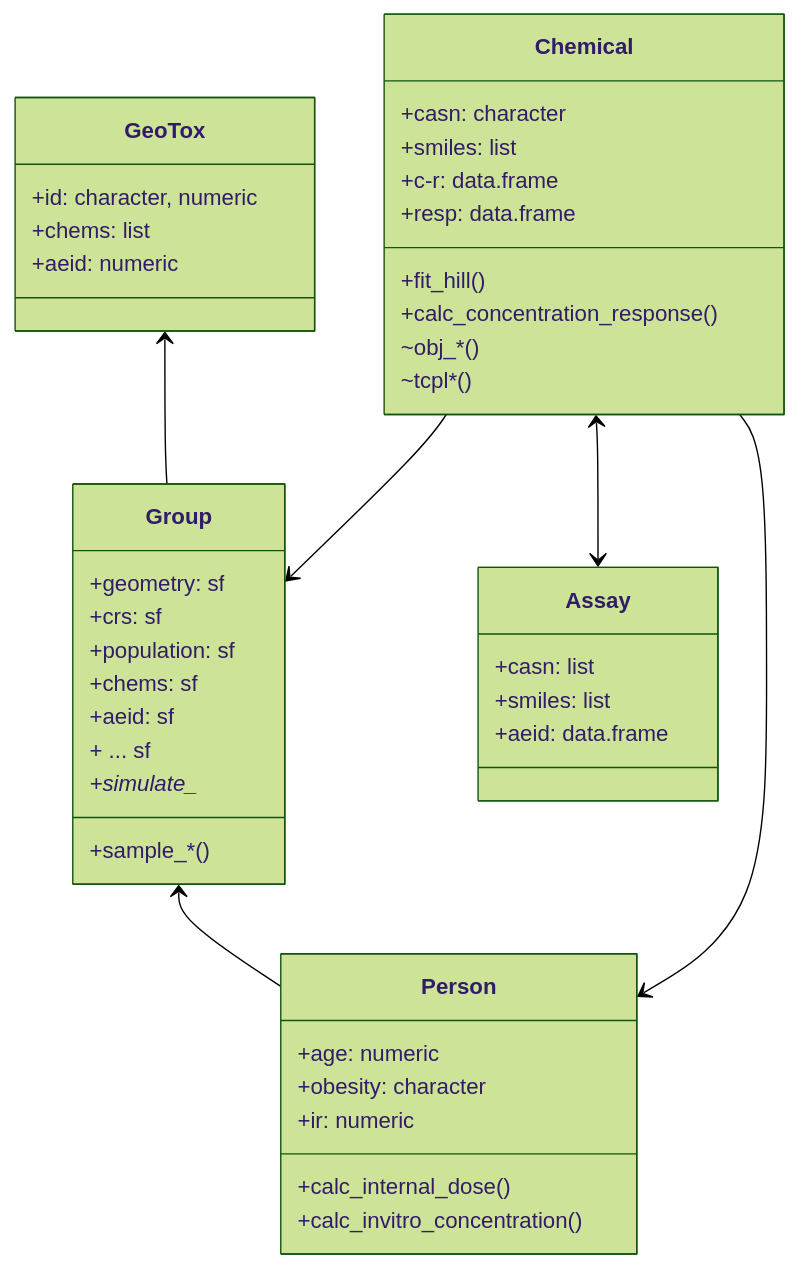
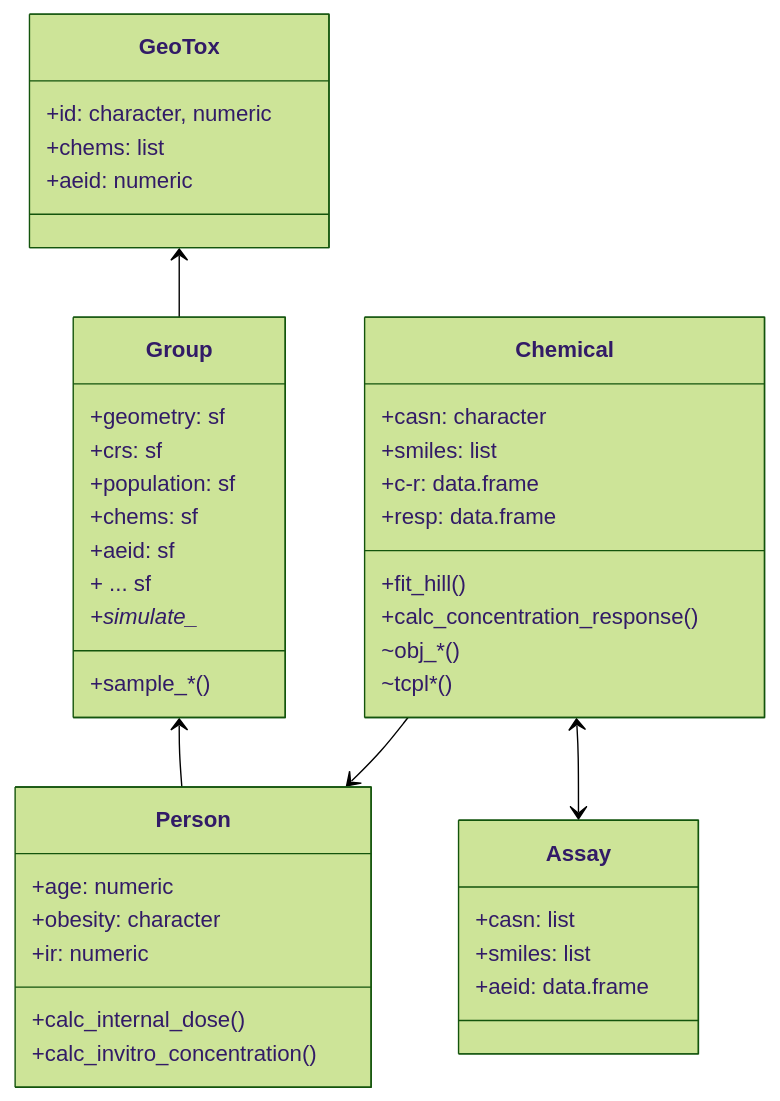
Before and after one commit to NIEHS/GeoTox: the diagram in objects.md, drawn with Mermaid (forest theme).

````diff
--- a/objects.md
+++ b/objects.md
@@ -2,51 +2,50 @@
 ```mermaid
 classDiagram
     class GeoTox {
         +id: character, numeric
         +chems: list
         +aeid: numeric
     }
   
       class Group {
         +geometry: sf
         +crs: sf
         +population: sf
         +chems: sf
         +aeid: sf
         + ...  sf
         +sample_*()
         +simulate_*
     }
 
     class Person {
         +age: numeric
         +obesity: character
         +ir: numeric
         +calc_internal_dose()
         +calc_invitro_concentration()
     }
 
     class Chemical {
         +casn: character
         +smiles: list
         +c-r: data.frame
         +resp: data.frame
         +fit_hill()
         +calc_concentration_response()
         ~obj_*()
         ~tcpl*()
     }
 
     class Assay {
         +casn: list
         +smiles: list
         +aeid: data.frame
     }
 
     GeoTox <-- Group
     Group <-- Person
     Chemical <--> Assay
-    Chemical --> Group
     Chemical --> Person
 
 ```
````
